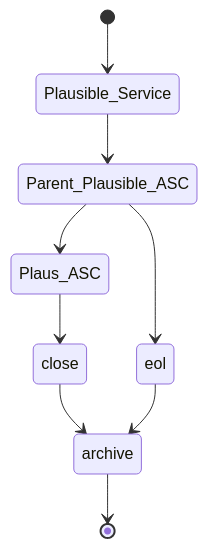
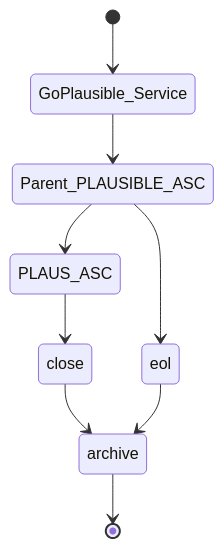
One commit to GoPlausible/.github changed the fifth of 8 diagrams in profile/README.md. Above: the diagram before and after it, drawn with Mermaid. The commit also changed other lines of this file, not shown here.

````diff
--- a/profile/README.md
+++ b/profile/README.md
@@ -216,11 +216,11 @@
 ```mermaid
   stateDiagram-v2
-    [*] --> Plausible_Service
-    Plausible_Service --> Parent_Plausible_ASC
-    Parent_Plausible_ASC --> Plaus_ASC
-    Plaus_ASC --> close
-    Parent_Plausible_ASC --> eol
+    [*] --> GoPlausible_Service
+    GoPlausible_Service --> Parent_PLAUSIBLE_ASC
+    Parent_PLAUSIBLE_ASC --> PLAUS_ASC
+    PLAUS_ASC --> close
+    Parent_PLAUSIBLE_ASC --> eol
     close --> archive
     eol --> archive
     archive --> [*]
 ```
````
